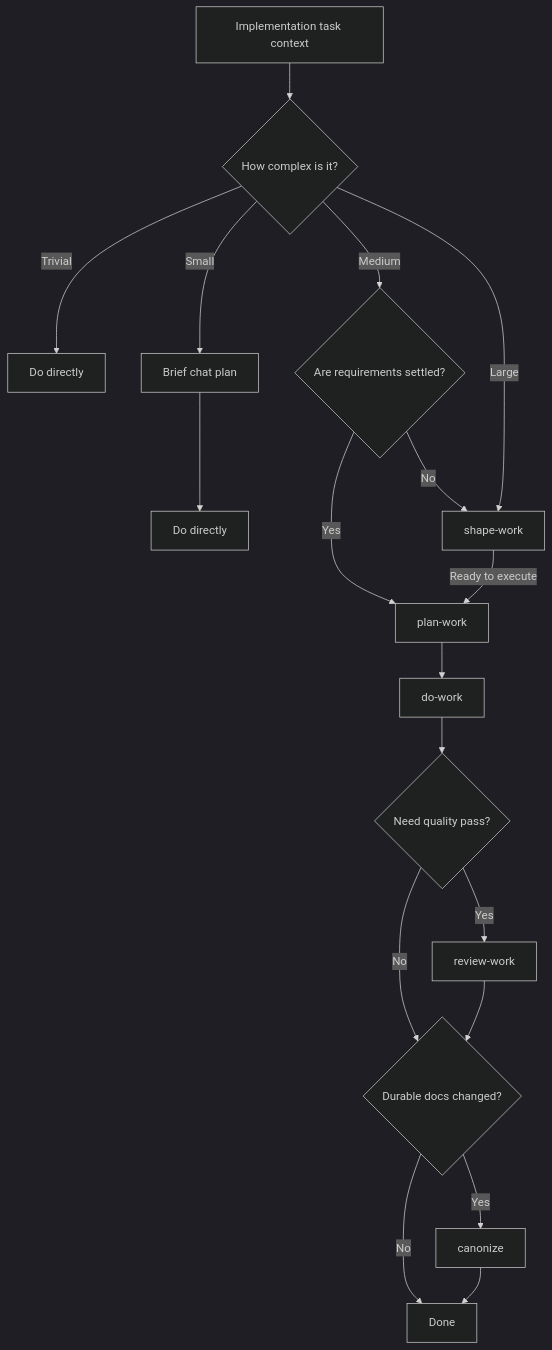
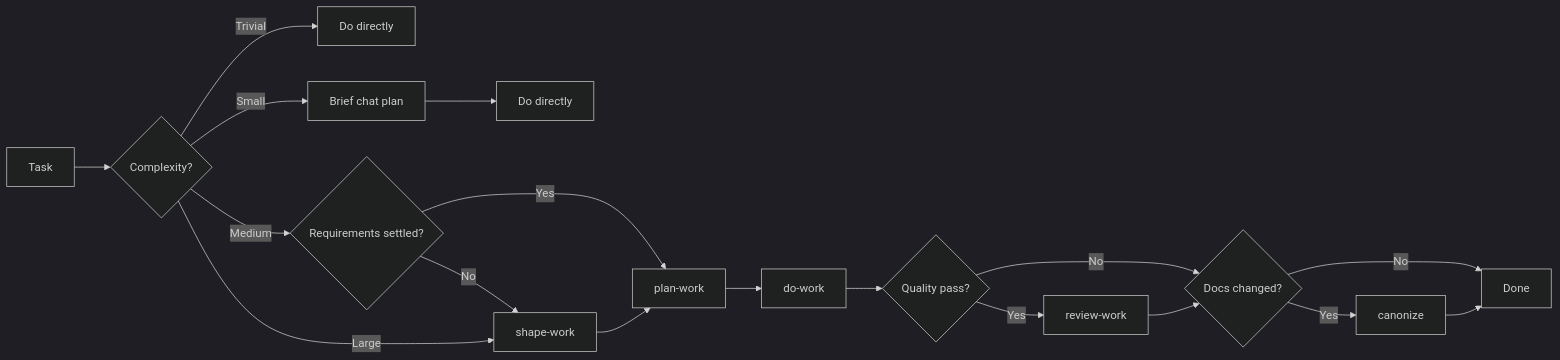
One commit to morochena/skills changed the diagram in README.md. Above: the diagram before and after it, drawn with Mermaid (dark theme). The commit also changed other lines of this file, not shown here.

````diff
--- a/README.md
+++ b/README.md
@@ -60,20 +115,20 @@
 ```mermaid
-flowchart TD
-  A["Implementation task context"] --> B{"How complex is it?"}
+flowchart LR
+  A["Task"] --> B{"Complexity?"}
   B -->|"Trivial"| T["Do directly"]
   B -->|"Small"| S1["Brief chat plan"]
   S1 --> D1["Do directly"]
-  B -->|"Medium"| M{"Are requirements settled?"}
+  B -->|"Medium"| M{"Requirements settled?"}
   M -->|"No"| SH["shape-work"]
   M -->|"Yes"| P["plan-work"]
   B -->|"Large"| SH
-  SH -->|"Ready to execute"| P
+  SH --> P
   P --> DW["do-work"]
-  DW --> R{"Need quality pass?"}
+  DW --> R{"Quality pass?"}
   R -->|"Yes"| RW["review-work"]
-  R -->|"No"| C{"Durable docs changed?"}
+  R -->|"No"| C{"Docs changed?"}
   RW --> C
   C -->|"Yes"| CZ["canonize"]
   C -->|"No"| Done["Done"]
   CZ --> Done
 ```
````
